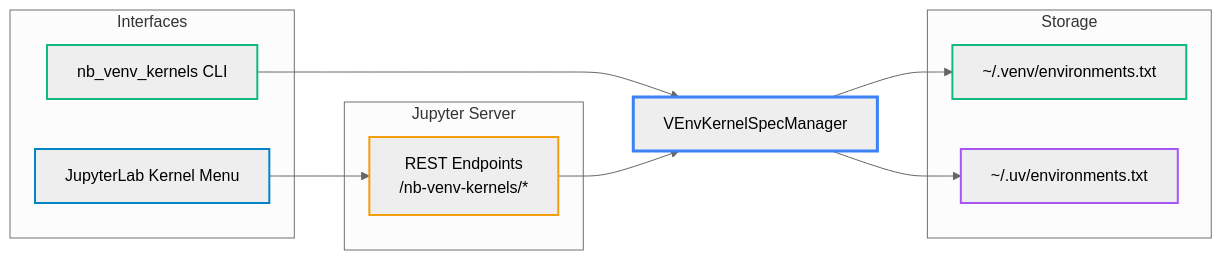
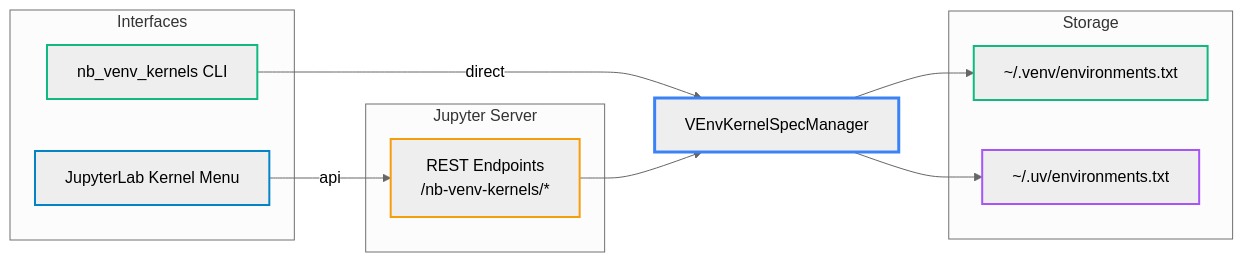
Before and after one commit to stellarshenson/nb_venv_kernels: the second of 2 diagrams in README.md, drawn with Mermaid (neutral theme). The commit also changed other lines of this file and 4 other files, not shown here.

First line of the commit message:
chore: add version metadata to docs and reorganize README diagrams

````diff
--- a/README.md
+++ b/README.md
@@ -206,31 +183,31 @@
 ```mermaid
 flowchart LR
     subgraph Interfaces
         CLI[nb_venv_kernels CLI]
         MENU[JupyterLab Kernel Menu]
     end
 
     subgraph Server[Jupyter Server]
         REST[REST Endpoints<br>/nb-venv-kernels/*]
     end
 
     MGR[VEnvKernelSpecManager]
 
     subgraph Storage
         VENV_REG[~/.venv/environments.txt]
         UV_REG[~/.uv/environments.txt]
     end
 
-    CLI --> MGR
-    MENU --> REST
+    CLI -->|direct| MGR
+    MENU -->|api| REST
     REST --> MGR
     MGR --> VENV_REG
     MGR --> UV_REG
 
     style CLI stroke:#10b981,stroke-width:2px
     style MENU stroke:#0284c7,stroke-width:2px
     style REST stroke:#f59e0b,stroke-width:2px
     style MGR stroke:#3b82f6,stroke-width:3px
     style VENV_REG stroke:#10b981,stroke-width:2px
     style UV_REG stroke:#a855f7,stroke-width:2px
 ```
````
